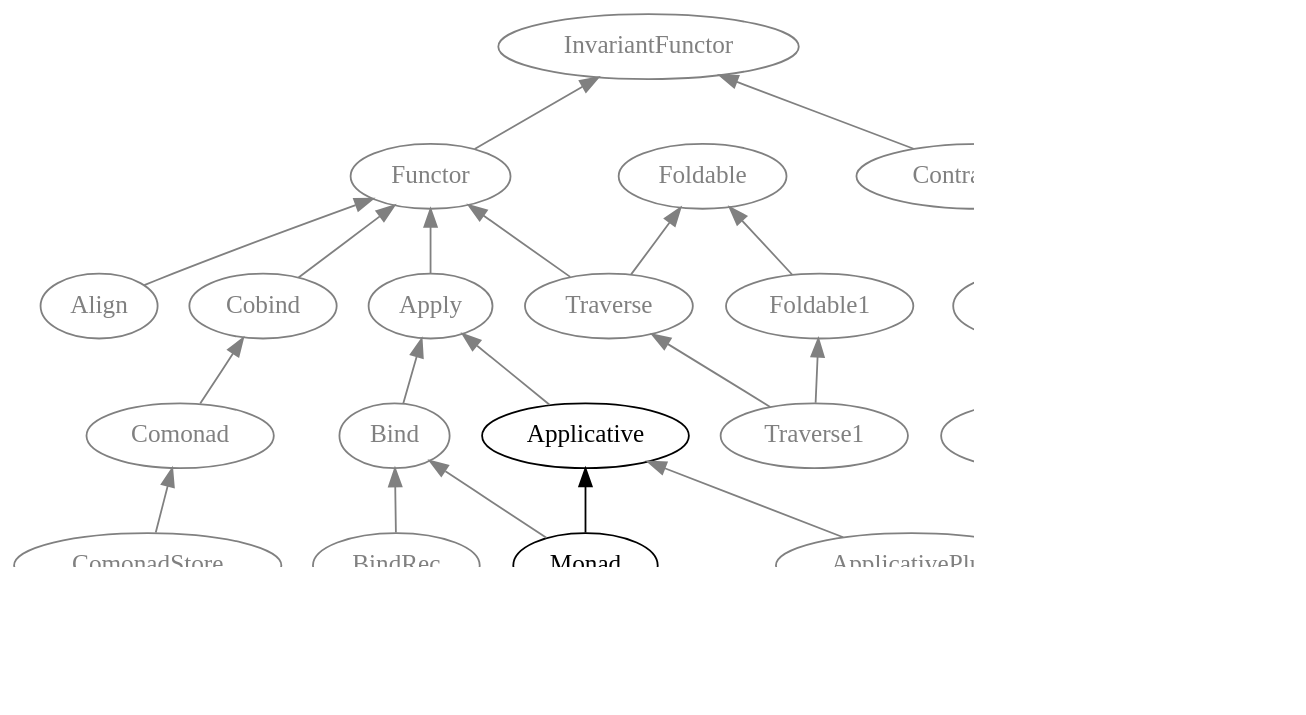
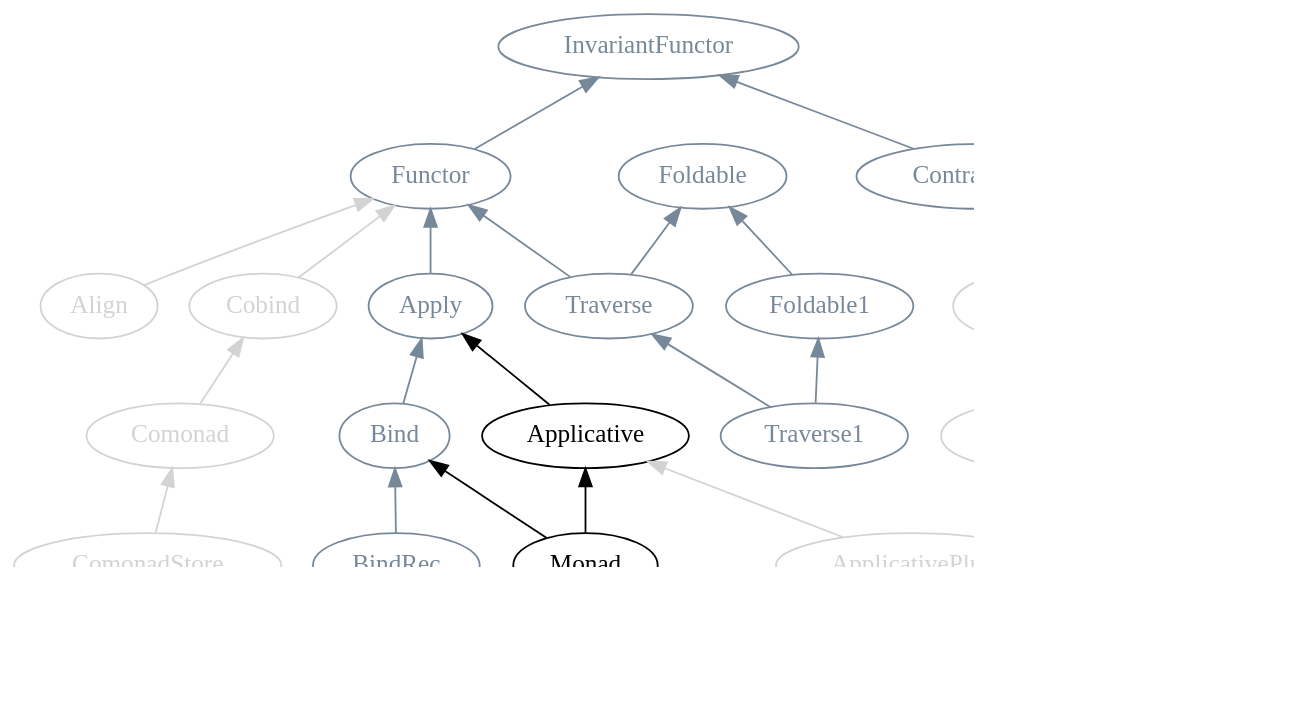
One commit to fommil/fpmortals changed the tenth of 10 diagrams in manuscript/book.org. Above: the diagram before and after it, drawn with Graphviz. The commit also changed other lines of this file and 4 other files, not shown here.

Commit message:
really anal colouring of the dot graphs

```diff
--- a/manuscript/book.org
+++ b/manuscript/book.org
@@ -4642,54 +4670,67 @@
 #+BEGIN_SRC dot :file images/scalaz-applicative.png :exports results
 digraph G {
     graph [dpi=100, rankdir=BT];
     node [fontname=Hack];
+    node [fontcolor=lightgray,color=lightgray];
+    edge [color=lightgray]
 
-    subgraph {
-      node [fontcolor=grey,color=grey];
-      edge [color=grey];
+    Bind [fontcolor=lightslategray,color=lightslategray];
+    Apply [fontcolor=lightslategray,color=lightslategray];
+    BindRec [fontcolor=lightslategray,color=lightslategray];
+    Contravariant [fontcolor=lightslategray,color=lightslategray];
+    Functor [fontcolor=lightslategray,color=lightslategray];
+    InvariantFunctor [fontcolor=lightslategray,color=lightslategray];
+    Functor;
+    Divide;
+    Divisible;
+    Apply;
+    Applicative [fontcolor=black,color=black];
+    Foldable1 [fontcolor=lightslategray,color=lightslategray];
+    Foldable [fontcolor=lightslategray,color=lightslategray];
+    Traverse [fontcolor=lightslategray,color=lightslategray];
+    Traverse1 [fontcolor=lightslategray,color=lightslategray];
+    Monad [fontcolor=black,color=black];
+    "Advanced Monads" [style=dashed];
+    Cobind;
+    Comonad;
+    PlusEmpty;
+    IsEmpty;
+    ApplicativePlus;
+    ComonadStore;
+    Align;
 
-      Bind -> Apply;
-      BindRec -> Bind;
+    Bind -> Apply [color=lightslategray];
+    BindRec -> Bind [color=lightslategray];
 
-      Contravariant -> InvariantFunctor;
-      Functor -> InvariantFunctor;
+    Contravariant -> InvariantFunctor [color=lightslategray];
+    Functor -> InvariantFunctor [color=lightslategray];
 
-      Divide -> Contravariant;
-      Divisible -> Divide;
-      Apply -> Functor;
-      Applicative [fontcolor=black,color=black];
-      Applicative -> Apply;
+    Divide -> Contravariant;
+    Divisible -> Divide;
+    Apply -> Functor [color=lightslategray];
+    Applicative -> Apply [color=black];
 
-      Foldable1 -> Foldable;
-      Traverse -> Functor;
-      Traverse -> Foldable;
-      Traverse1 -> Traverse;
-      Traverse1 -> Foldable1;
+    Foldable1 -> Foldable [color=lightslategray];
+    Traverse -> Functor [color=lightslategray];
+    Traverse -> Foldable [color=lightslategray];
+    Traverse1 -> Traverse [color=lightslategray];
+    Traverse1 -> Foldable1 [color=lightslategray];
 
-      Monad [fontcolor=black,color=black];
+    Monad -> Applicative [color=black];
+    "Advanced Monads" -> Monad;
+    Monad -> Bind [color=black];
+ 
+    Cobind -> Functor;
+    Comonad -> Cobind;
 
-      "Advanced Monads" [style=dashed];
-      "Advanced Monads" -> Monad;
+    PlusEmpty -> Plus;
+    IsEmpty -> PlusEmpty;
 
-      Monad -> Bind;
+    ApplicativePlus -> Applicative;
+    ApplicativePlus -> PlusEmpty;
 
-      Cobind -> Functor;
-      Comonad -> Cobind;
+    ComonadStore -> Comonad;
 
-      PlusEmpty -> Plus;
-      IsEmpty -> PlusEmpty;
-
-      ApplicativePlus -> Applicative;
-      ApplicativePlus -> PlusEmpty;
-
-      ComonadStore -> Comonad;
-
-      Align -> Functor;
-    }
-
-    subgraph mappable {
-      Monad -> Applicative;
-    }
-
+    Align -> Functor;
 }
 #+END_SRC
```
